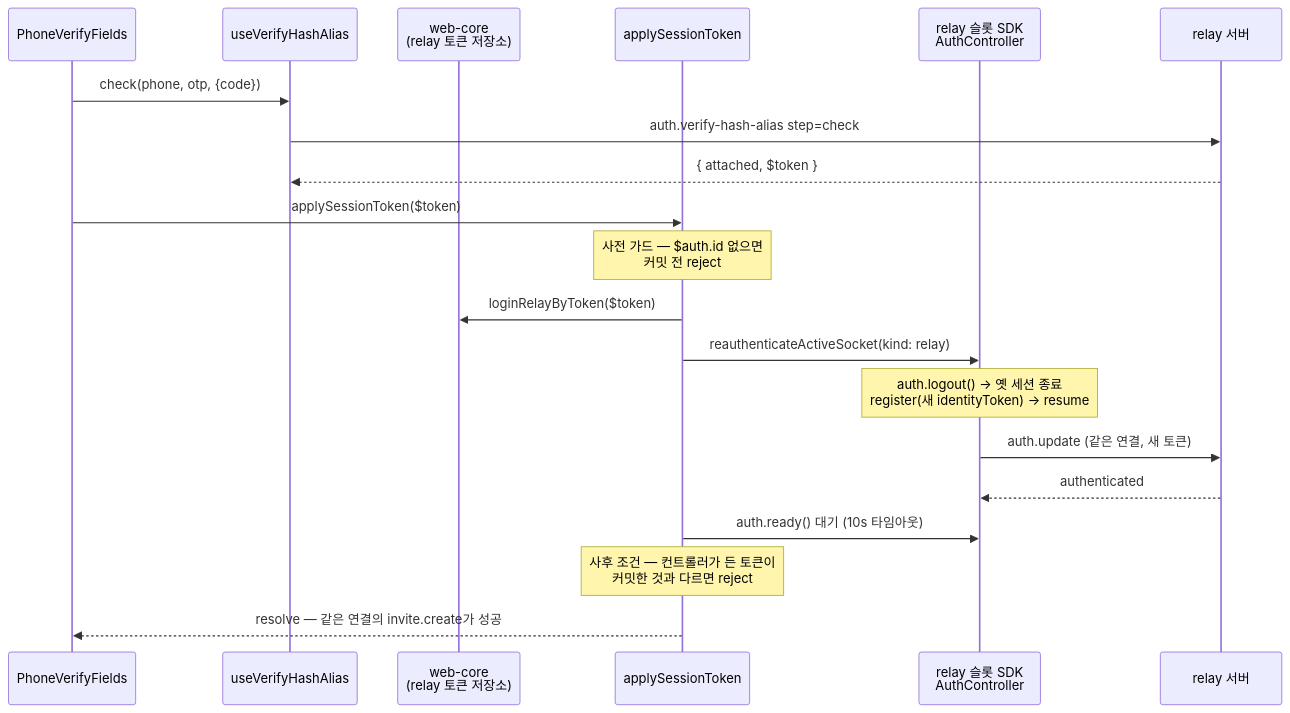
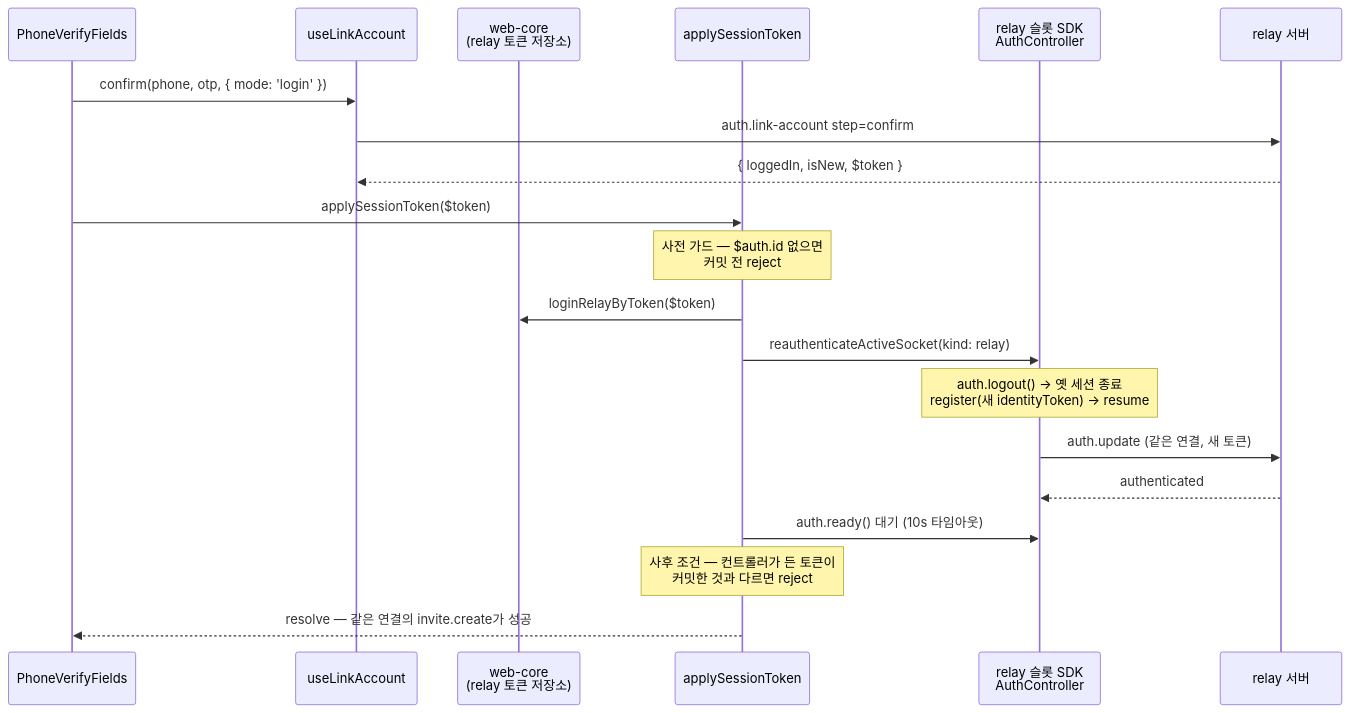
One commit to lemoncloud-io/dou-app changed the third of 3 diagrams in apps/web/docs/feature/auth/phone-verification.md. Above: the diagram before and after it, drawn with Mermaid. The commit also changed other lines of this file and 58 other files, not shown here.

````diff
--- a/apps/web/docs/feature/auth/phone-verification.md
+++ b/apps/web/docs/feature/auth/phone-verification.md
@@ -174,23 +221,23 @@
 ```mermaid
 sequenceDiagram
     participant UI as PhoneVerifyFields
-    participant H as useVerifyHashAlias
+    participant H as useLinkAccount
     participant WC as web-core<br/>(relay 토큰 저장소)
     participant AST as applySessionToken
     participant SDK as relay 슬롯 SDK<br/>AuthController
     participant SRV as relay 서버
 
-    UI->>H: check(phone, otp, {code})
-    H->>SRV: auth.verify-hash-alias step=check
-    SRV-->>H: { attached, $token }
+    UI->>H: confirm(phone, otp, { mode: 'login' })
+    H->>SRV: auth.link-account step=confirm
+    SRV-->>H: { loggedIn, isNew, $token }
     UI->>AST: applySessionToken($token)
     Note over AST: 사전 가드 — $auth.id 없으면<br/>커밋 전 reject
     AST->>WC: loginRelayByToken($token)
     AST->>SDK: reauthenticateActiveSocket(kind: relay)
     Note over SDK: auth.logout() → 옛 세션 종료<br/>register(새 identityToken) → resume
     SDK->>SRV: auth.update (같은 연결, 새 토큰)
     SRV-->>SDK: authenticated
     AST->>SDK: auth.ready() 대기 (10s 타임아웃)
     Note over AST: 사후 조건 — 컨트롤러가 든 토큰이<br/>커밋한 것과 다르면 reject
     AST-->>UI: resolve — 같은 연결의 invite.create가 성공
 ```
````
